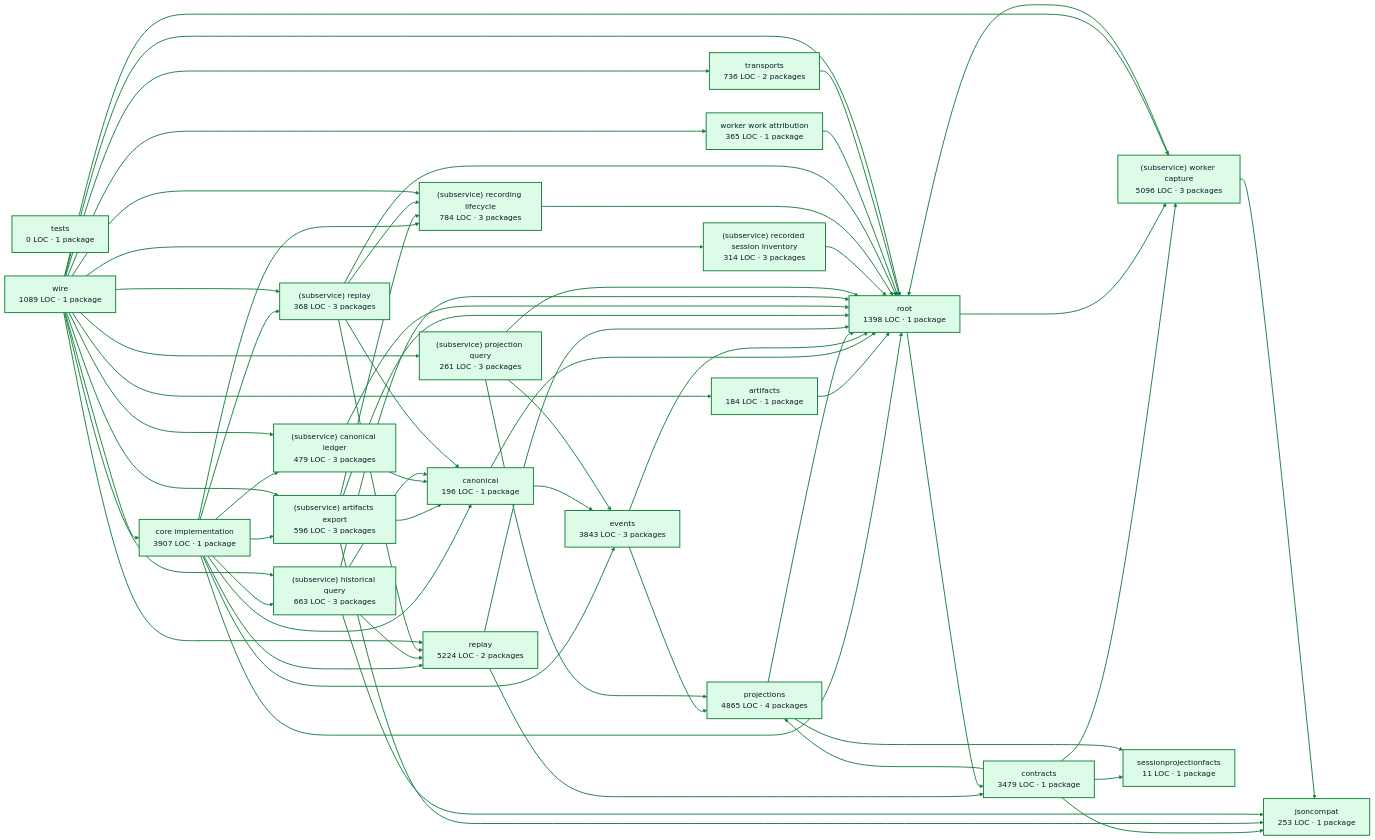
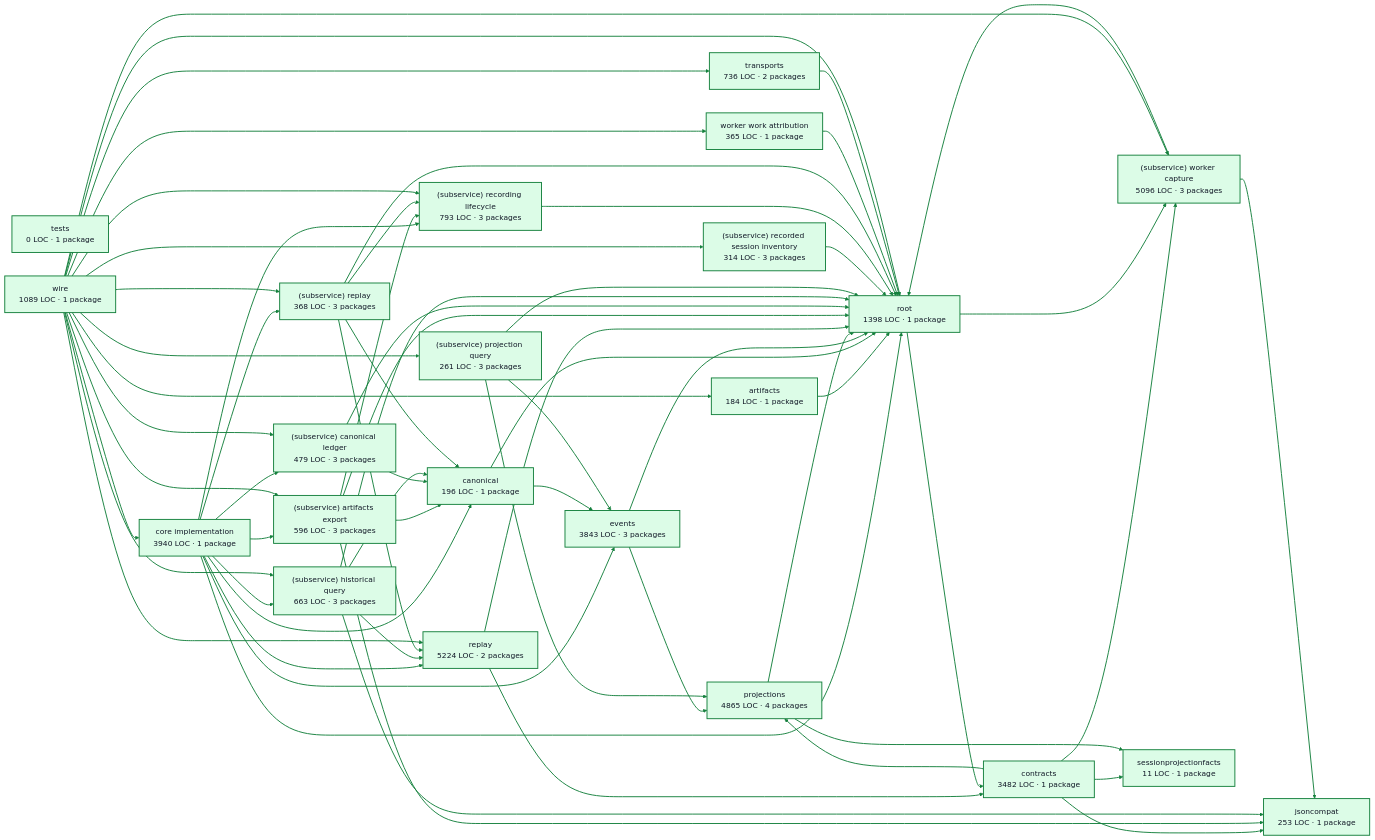
Before and after one commit to portpowered/you-agent-factory: the diagram in docs/architecture/visualizations/services/recordings.md, drawn with Mermaid. The commit also changed other lines of this file and 20 other files, not shown here.

Commit message:
docs: refresh backend architecture visualizations

````diff
--- a/docs/architecture/visualizations/services/recordings.md
+++ b/docs/architecture/visualizations/services/recordings.md
@@ -11,9 +11,9 @@
 ```mermaid
 flowchart LR
-  p0["core implementation<br/>3907 LOC · 1 package"]
+  p0["core implementation<br/>3940 LOC · 1 package"]
   p1["artifacts<br/>184 LOC · 1 package"]
   p2["canonical<br/>196 LOC · 1 package"]
-  p3["contracts<br/>3479 LOC · 1 package"]
+  p3["contracts<br/>3482 LOC · 1 package"]
   p4["events<br/>3843 LOC · 3 packages"]
   p5["jsoncompat<br/>253 LOC · 1 package"]
   p6["projections<br/>4865 LOC · 4 packages"]
@@ -23,7 +23,7 @@
   p10["(subservice) historical query<br/>663 LOC · 3 packages"]
   p11["(subservice) projection query<br/>261 LOC · 3 packages"]
   p12["(subservice) recorded session inventory<br/>314 LOC · 3 packages"]
-  p13["(subservice) recording lifecycle<br/>784 LOC · 3 packages"]
+  p13["(subservice) recording lifecycle<br/>793 LOC · 3 packages"]
   p14["(subservice) replay<br/>368 LOC · 3 packages"]
   p15["(subservice) worker capture<br/>5096 LOC · 3 packages"]
   p16["sessionprojectionfacts<br/>11 LOC · 1 package"]
````
